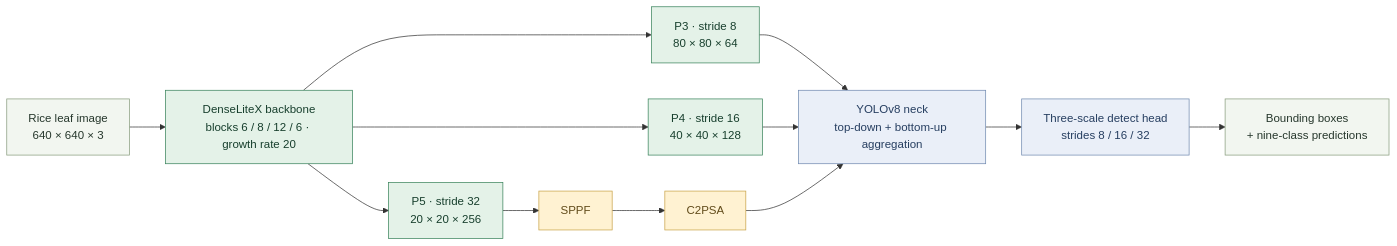
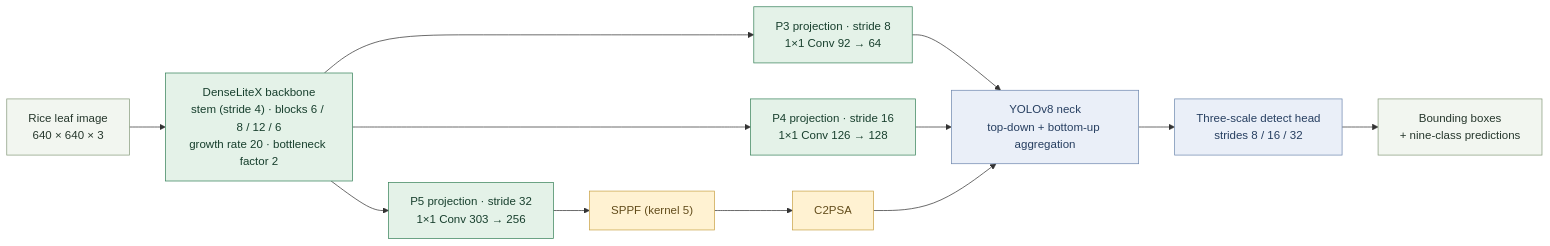
The diagram in README.md (WAYTECHG/paddylitex-disease-detection), drawn with Mermaid before and after one commit. The commit also changed other lines of this file and 6 other files, not shown here.

Commit message:
Update README architecture diagrams to the latest thesis figures

````diff
--- a/README.md
+++ b/README.md
@@ -65,21 +65,21 @@
 ```mermaid
 flowchart LR
-    I["Rice leaf image<br/>640 × 640 × 3"] --> B["DenseLiteX backbone<br/>blocks 6 / 8 / 12 / 6 · growth rate 20"]
-    B --> P3["P3 · stride 8<br/>80 × 80 × 64"]
-    B --> P4["P4 · stride 16<br/>40 × 40 × 128"]
-    B --> P5["P5 · stride 32<br/>20 × 20 × 256"]
-    P5 --> S["SPPF"] --> A["C2PSA"]
+    I["Rice leaf image<br/>640 × 640 × 3"] --> B["DenseLiteX backbone<br/>stem (stride 4) · blocks 6 / 8 / 12 / 6<br/>growth rate 20 · bottleneck factor 2"]
+    B --> P3["P3 projection · stride 8<br/>1×1 Conv 92 → 64"]
+    B --> P4["P4 projection · stride 16<br/>1×1 Conv 126 → 128"]
+    B --> P5["P5 projection · stride 32<br/>1×1 Conv 303 → 256"]
+    P5 --> S["SPPF (kernel 5)"] --> A["C2PSA"]
     P3 --> N["YOLOv8 neck<br/>top-down + bottom-up aggregation"]
     P4 --> N
     A --> N
     N --> H["Three-scale detect head<br/>strides 8 / 16 / 32"]
     H --> O["Bounding boxes<br/>+ nine-class predictions"]
     classDef input fill:#F2F6F0,stroke:#879B7C,color:#26372C
     classDef backbone fill:#E4F2E8,stroke:#39835B,color:#173F2D
     classDef refinement fill:#FFF2D2,stroke:#C9A348,color:#624C1B
     classDef detector fill:#EAEFF8,stroke:#7089AF,color:#263E60
     class I,O input
     class B,P3,P4,P5 backbone
     class S,A refinement
     class N,H detector
 ```
````
